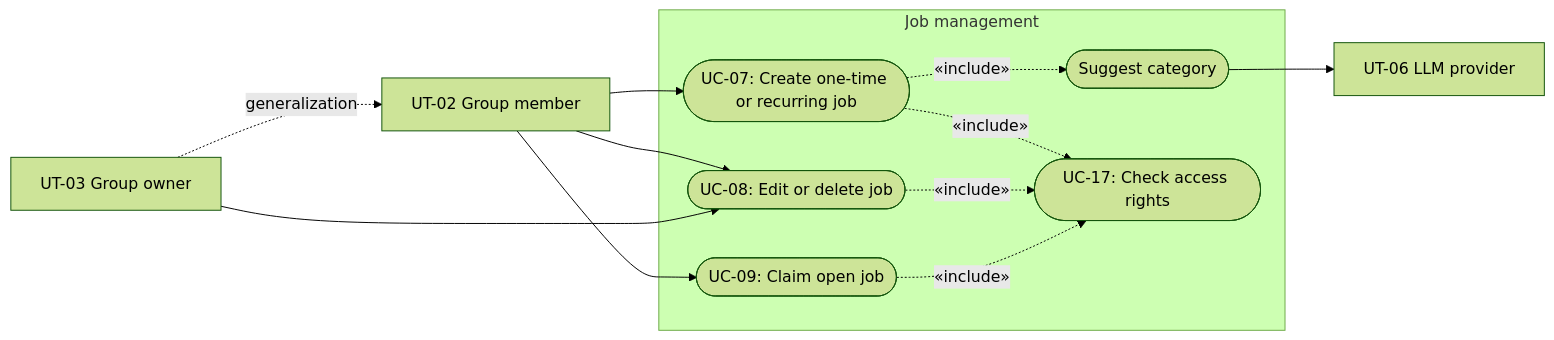
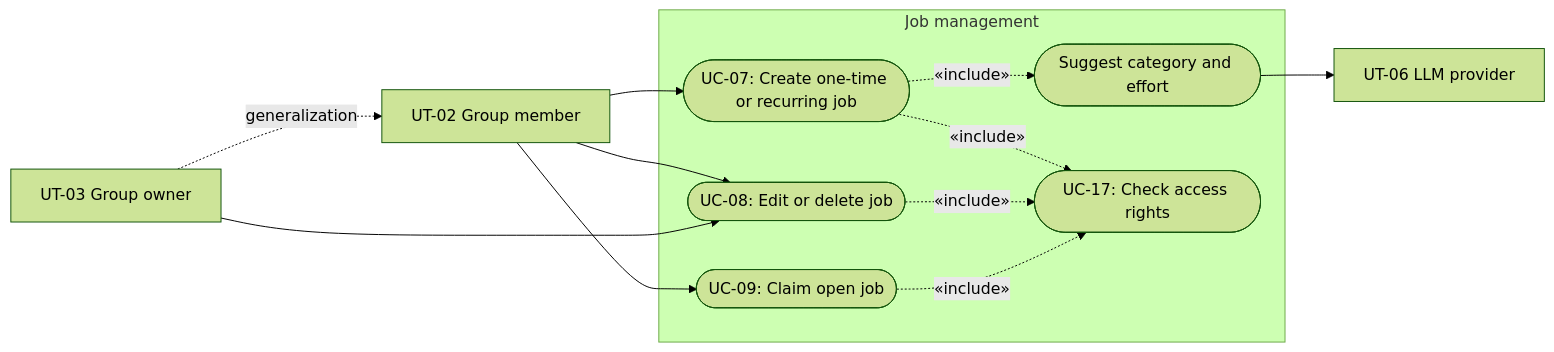
The fourth of 9 diagrams in Requirements_Specification_TaskRota.md (AhmetSCakmak/TaskRota), drawn with Mermaid (forest theme) before and after one commit. The commit also changed other lines of this file, not shown here.

````diff
--- a/Requirements_Specification_TaskRota.md
+++ b/Requirements_Specification_TaskRota.md
@@ -452,25 +509,25 @@
 ```mermaid
 flowchart LR
     Member["UT-02 Group member"]
     Owner["UT-03 Group owner"]
     LLM["UT-06 LLM provider"]
 
     subgraph System["Job management"]
         UC07(["UC-07: Create one-time or recurring job"])
         UC08(["UC-08: Edit or delete job"])
         UC09(["UC-09: Claim open job"])
-        Cat(["Suggest category"])
+        Cat(["Suggest category and effort"])
         UC17(["UC-17: Check access rights"])
     end
 
     Owner -.->|generalization| Member
     Member --> UC07
     Member --> UC08
     Member --> UC09
     Owner --> UC08
     UC07 -.->|«include»| Cat
     Cat --> LLM
     UC07 -.->|«include»| UC17
     UC08 -.->|«include»| UC17
     UC09 -.->|«include»| UC17
 ```
````
